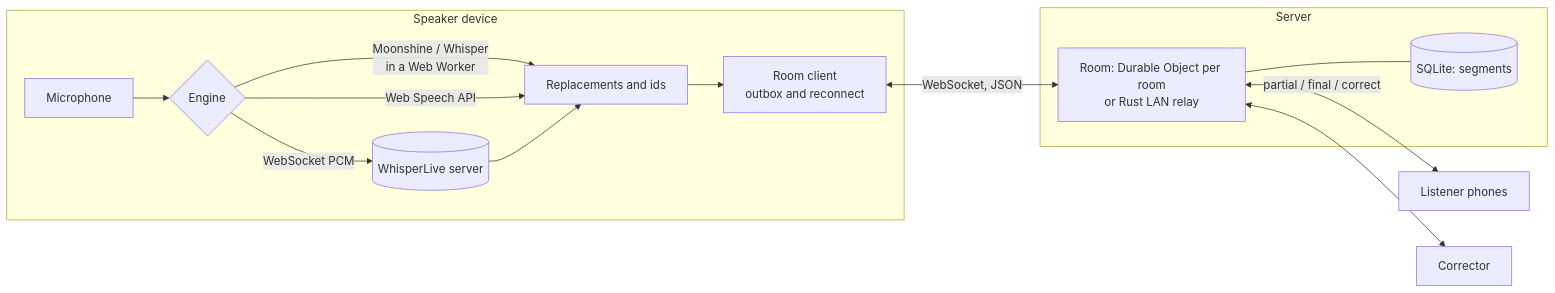
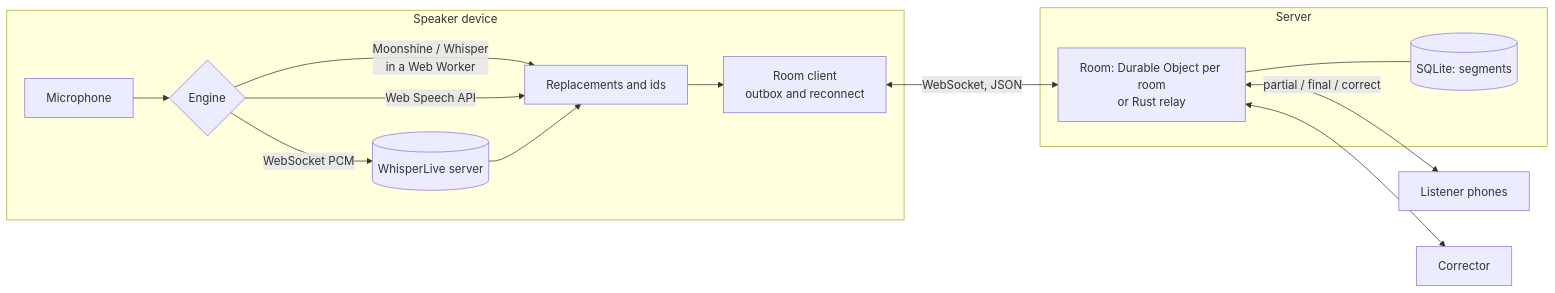
Before and after one commit to byjoellobo/saybeam: the diagram in README.md, drawn with Mermaid. The commit also changed other lines of this file and 105 other files, not shown here.

````diff
--- a/README.md
+++ b/README.md
@@ -60,18 +131,18 @@
 ```mermaid
 flowchart LR
   subgraph Speaker device
     MIC[Microphone] --> ENG{Engine}
     ENG -->|Moonshine / Whisper<br/>in a Web Worker| PIPE[Replacements and ids]
     ENG -->|Web Speech API| PIPE
     ENG -->|WebSocket PCM| WL[(WhisperLive server)]
     WL --> PIPE
     PIPE --> RC[Room client<br/>outbox and reconnect]
   end
   RC <-->|WebSocket, JSON| ROOM
   subgraph Server
-    ROOM[Room: Durable Object per room<br/>or Rust LAN relay]
+    ROOM[Room: Durable Object per room<br/>or Rust relay]
     ROOM --- DB[(SQLite: segments)]
   end
   ROOM <-->|partial / final / correct| L1[Listener phones]
   ROOM <--> C1[Corrector]
 ```
````
